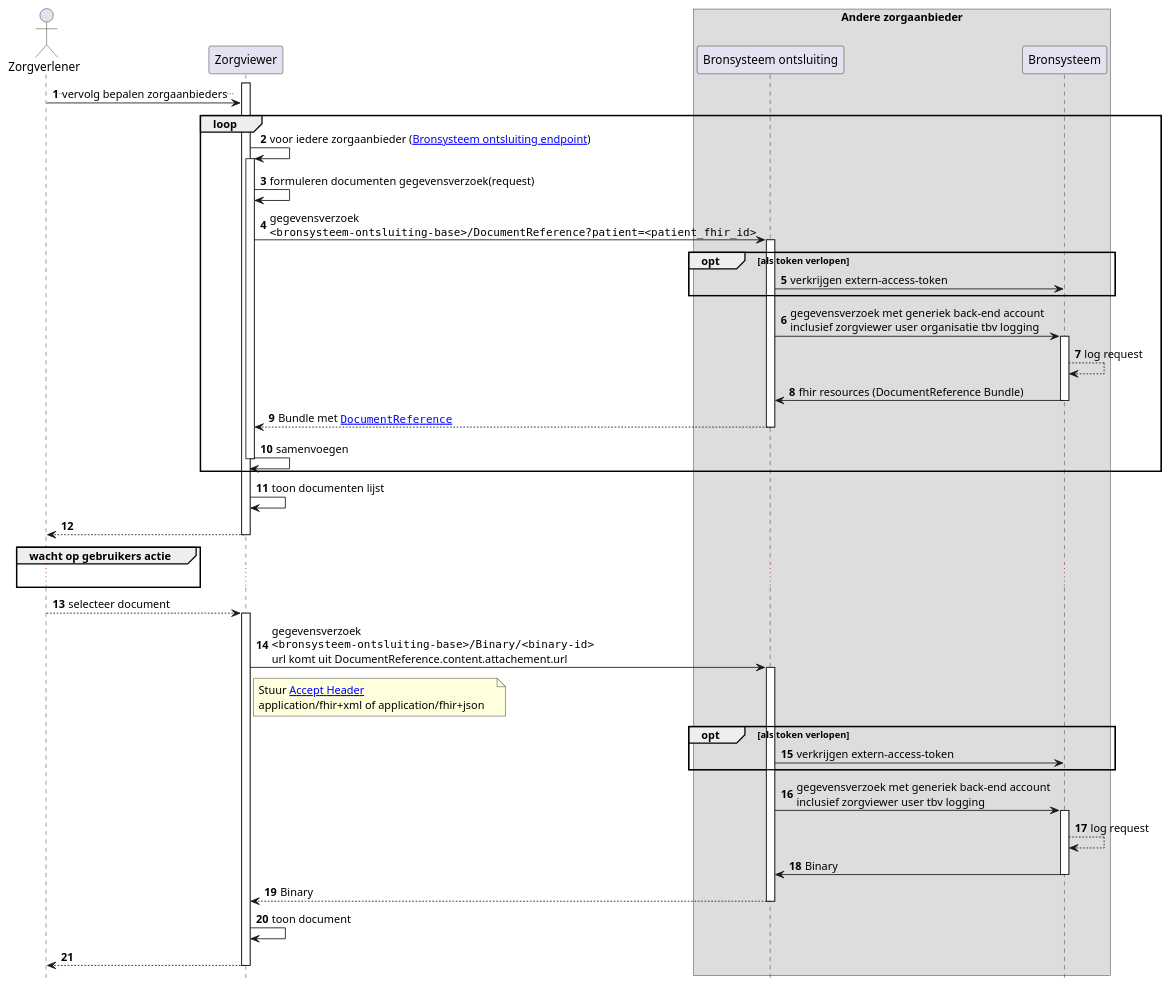
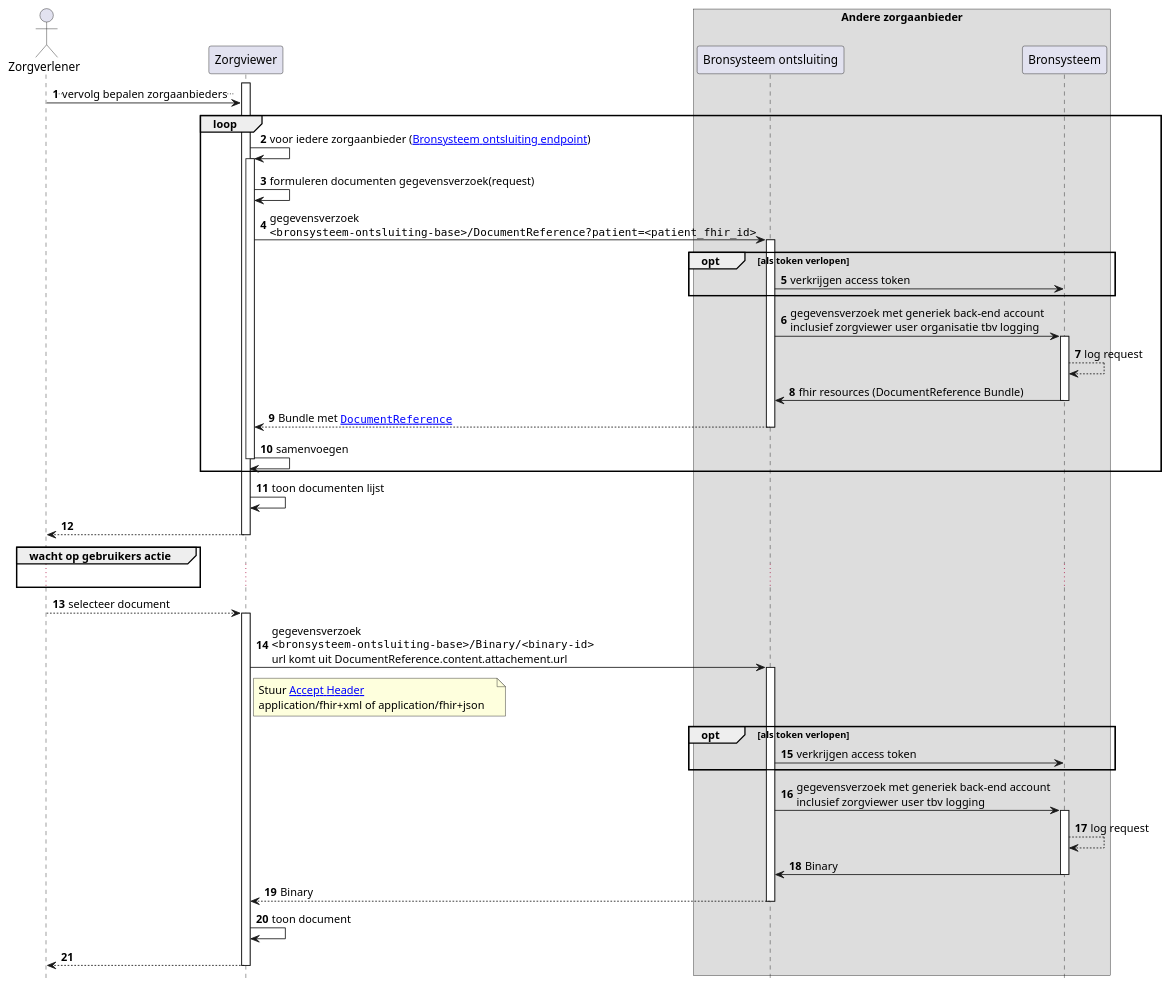
The diagram in input/images-source/Zorgviewer-seq-4.plantuml (RIVO-Noord/zorgviewer-ig), drawn with PlantUML before and after one commit. The commit also changed 2 other files, not shown here.

```diff
--- a/input/images-source/Zorgviewer-seq-4.plantuml
+++ b/input/images-source/Zorgviewer-seq-4.plantuml
@@ -1,61 +1,61 @@
 @startuml
 hide footbox
 autonumber
 
 actor Zorgverlener
 participant Zorgviewer
 box "Andere zorgaanbieder"
 participant "Bronsysteem ontsluiting" as Bron
 participant Bronsysteem
 end box
 
 activate Zorgviewer
 Zorgverlener->Zorgviewer: ..vervolg bepalen zorgaanbieders..
 loop
     Zorgviewer->Zorgviewer: voor iedere zorgaanbieder ([[Endpoint-UMCG.html Bronsysteem ontsluiting endpoint]])
     activate Zorgviewer
     Zorgviewer->Zorgviewer: formuleren documenten gegevensverzoek(request)
     Zorgviewer->Bron: gegevensverzoek\n""<bronsysteem-ontsluiting-base>/DocumentReference?patient=<patient_fhir_id>""
     activate Bron
     opt als token verlopen
-        Bron->Bronsysteem : verkrijgen extern-access-token
+        Bron->Bronsysteem : verkrijgen access token
     end opt
     Bron->Bronsysteem : gegevensverzoek met generiek back-end account\ninclusief zorgviewer user organisatie tbv logging
     activate Bronsysteem
     Bronsysteem-->Bronsysteem: log request
     Bronsysteem->Bron: fhir resources (DocumentReference Bundle)
     deactivate Bronsysteem
     Bron-->Zorgviewer: Bundle met ""[[StructureDefinition-DocumentReference.html DocumentReference]]""
     deactivate Bron
     Zorgviewer->Zorgviewer: samenvoegen
     deactivate Zorgviewer
 end
 Zorgviewer->Zorgviewer: toon documenten lijst
 Zorgviewer-->Zorgverlener
 deactivate Zorgviewer
 group wacht op gebruikers actie
 ...
 end
 Zorgverlener-->Zorgviewer: selecteer document
 activate Zorgviewer
 Zorgviewer->Bron: gegevensverzoek\n""<bronsysteem-ontsluiting-base>/Binary/<binary-id>""\nurl komt uit DocumentReference.content.attachement.url
 note right Zorgviewer
     Stuur [[http://hl7.org/fhir/STU3/binary.html#rest Accept Header]]
     application/fhir+xml of application/fhir+json   
 end note
 activate Bron
 opt als token verlopen
-    Bron->Bronsysteem : verkrijgen extern-access-token
+    Bron->Bronsysteem : verkrijgen access token
 end opt
 Bron->Bronsysteem : gegevensverzoek met generiek back-end account\ninclusief zorgviewer user tbv logging
 activate Bronsysteem
 Bronsysteem-->Bronsysteem: log request
 Bronsysteem->Bron: Binary
 deactivate Bronsysteem
 Bron-->Zorgviewer: Binary
 deactivate Bron
 Zorgviewer->Zorgviewer: toon document
 Zorgviewer-->Zorgverlener
 deactivate Zorgviewer
 
 @enduml
```
